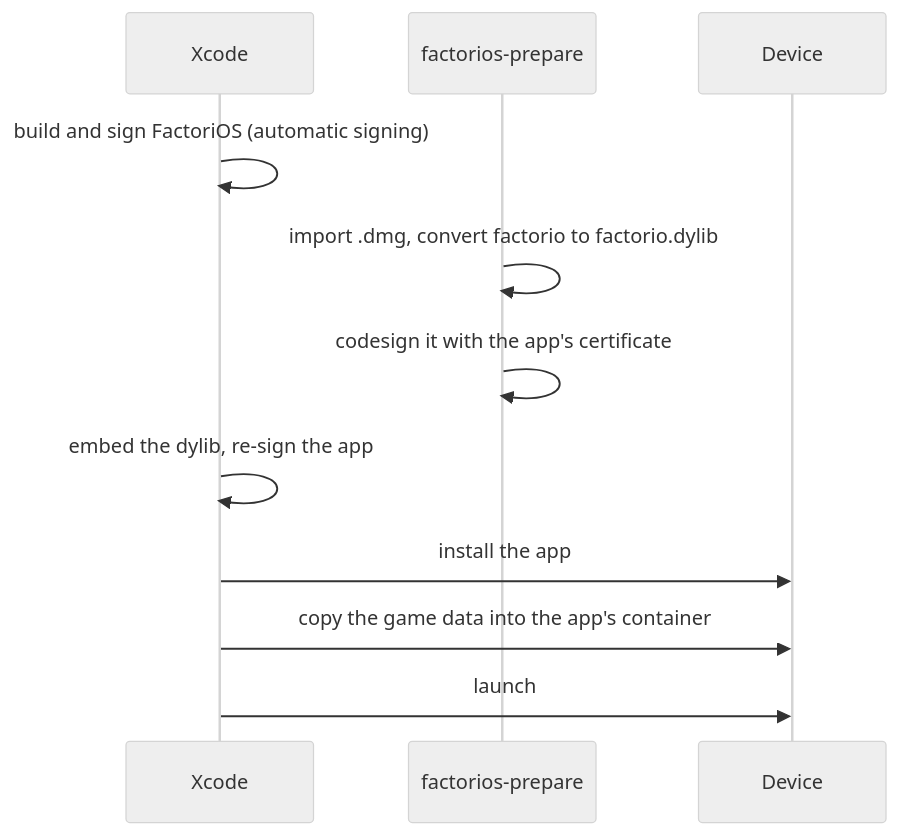
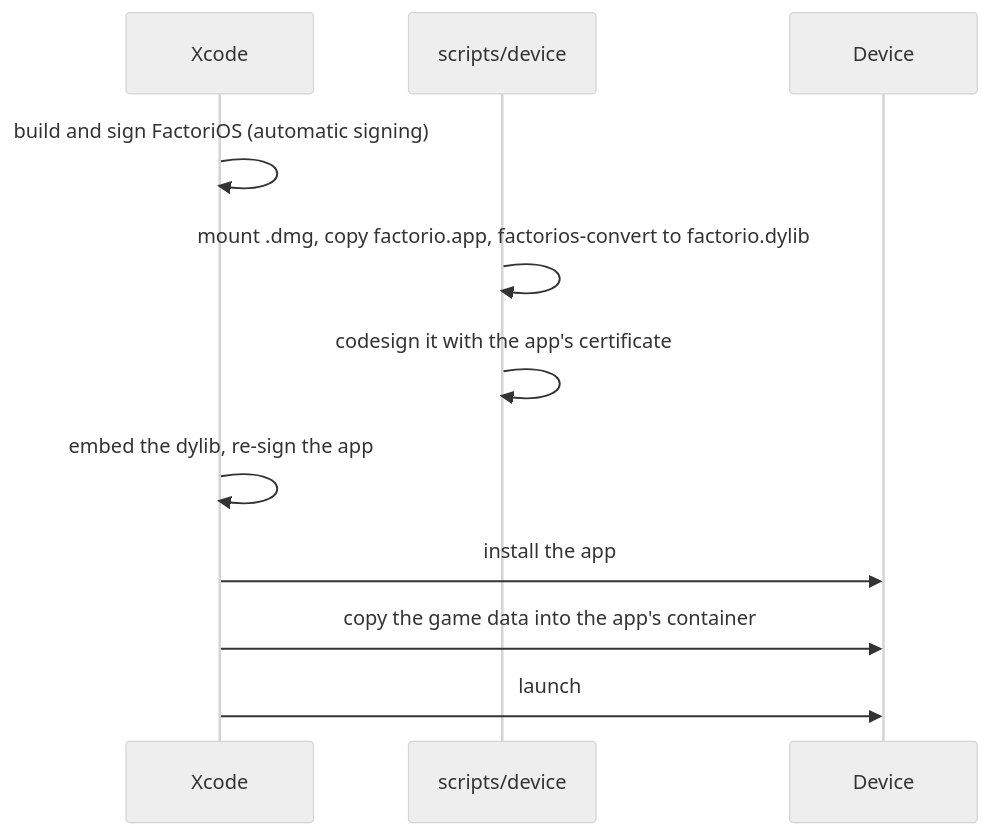
Before and after one commit to klesersurovyj-a11y/factorios: the second of 2 diagrams in docs/getting-started.md, drawn with Mermaid (neutral theme). The commit also changed other lines of this file and 33 other files, not shown here.

````diff
--- a/docs/getting-started.md
+++ b/docs/getting-started.md
@@ -74,13 +74,13 @@
 ```mermaid
 sequenceDiagram
     participant X as Xcode
-    participant P as factorios-prepare
+    participant P as scripts/device
     participant D as Device
     X->>X: build and sign FactoriOS (automatic signing)
-    P->>P: import .dmg, convert factorio to factorio.dylib
+    P->>P: mount .dmg, copy factorio.app, factorios-convert to factorio.dylib
     P->>P: codesign it with the app's certificate
     X->>X: embed the dylib, re-sign the app
     X->>D: install the app
     X->>D: copy the game data into the app's container
     X->>D: launch
 ```
````
